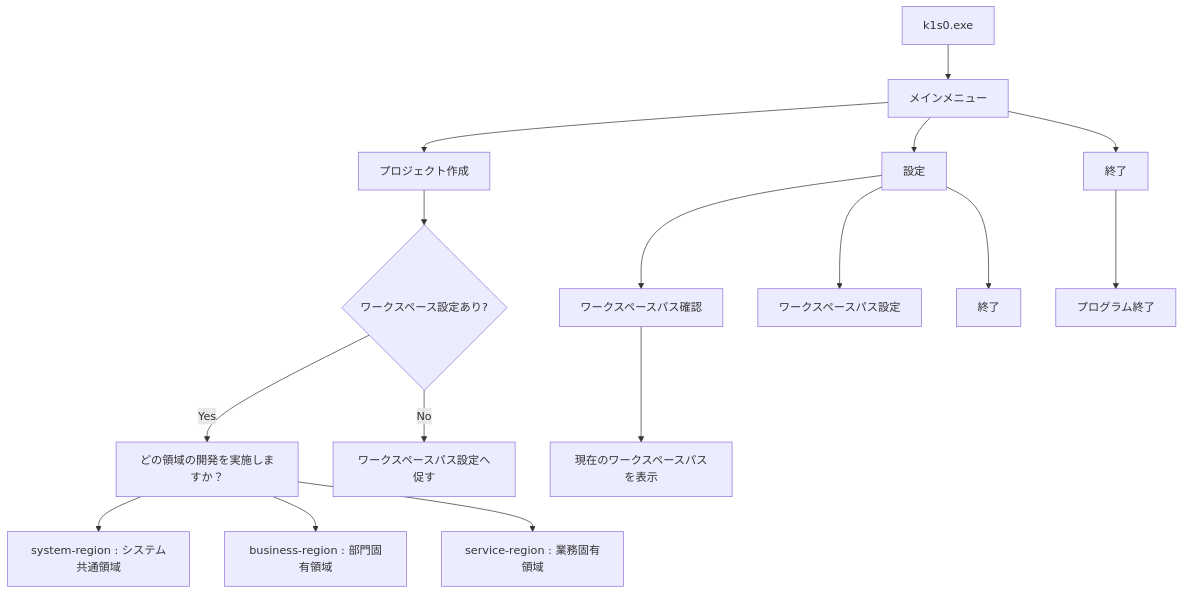
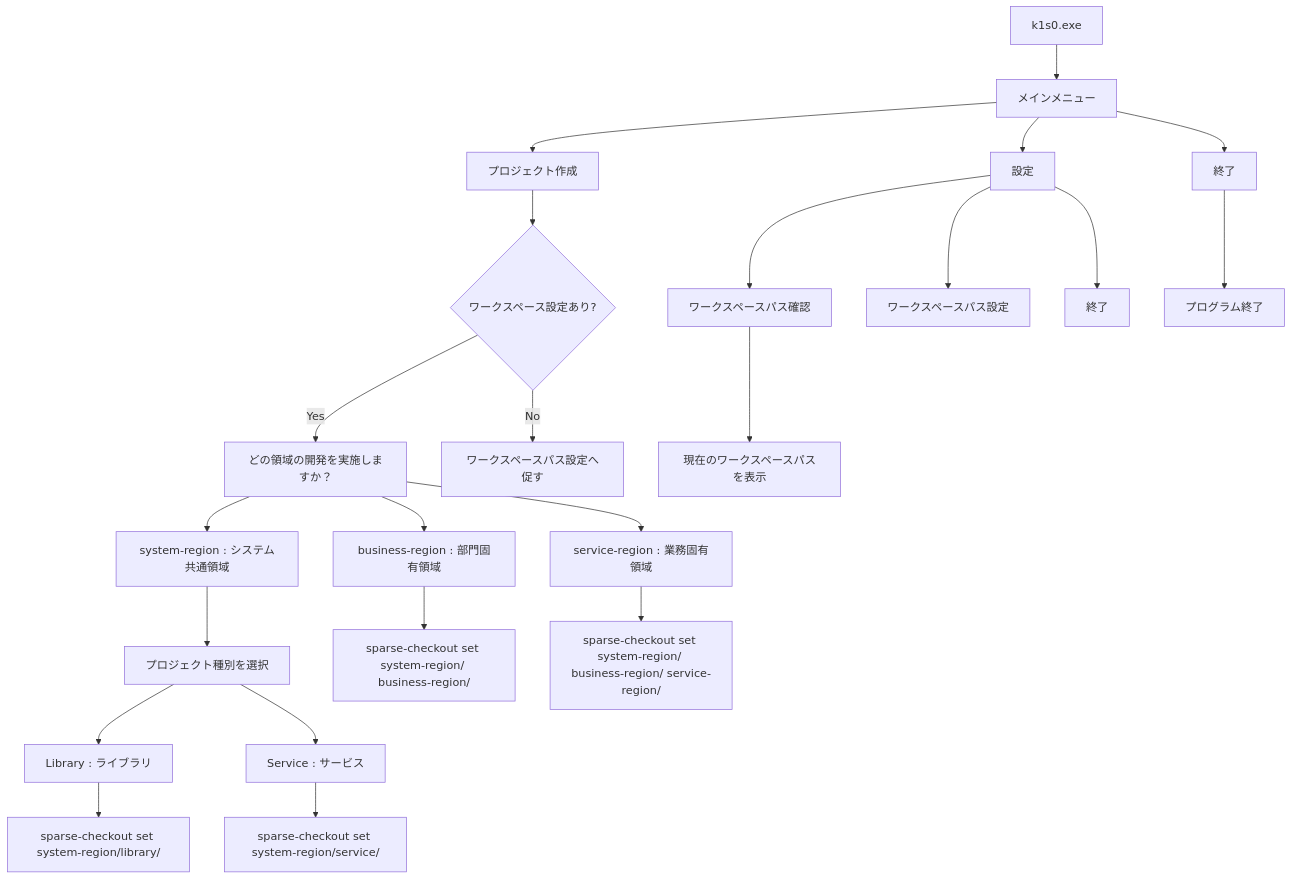
Before and after one commit to RyuheiKiso/k1s0: the diagram in docs/CLI設計書.md, drawn with Mermaid. The commit also changed other lines of this file and 9 other files, not shown here.

````diff
--- a/docs/CLI設計書.md
+++ b/docs/CLI設計書.md
@@ -13,23 +47,30 @@
 ```mermaid
 flowchart TD
     A["k1s0.exe"] --> B["メインメニュー"]
 
     B --> C["プロジェクト作成"]
     B --> D["設定"]
     B --> E["終了"]
 
     C --> F{"ワークスペース設定あり?"}
     F -->|Yes| G["どの領域の開発を実施しますか？"]
     G --> G1["system-region : システム共通領域"]
     G --> G2["business-region : 部門固有領域"]
     G --> G3["service-region : 業務固有領域"]
+    G1 --> PT["プロジェクト種別を選択"]
+    PT --> PT1["Library : ライブラリ"]
+    PT --> PT2["Service : サービス"]
+    PT1 --> SC1a["sparse-checkout set system-region/library/"]
+    PT2 --> SC1b["sparse-checkout set system-region/service/"]
+    G2 --> SC2["sparse-checkout set system-region/ business-region/"]
+    G3 --> SC3["sparse-checkout set system-region/ business-region/ service-region/"]
     F -->|No| H["ワークスペースパス設定へ促す"]
 
     D --> I["ワークスペースパス確認"]
     D --> L["ワークスペースパス設定"]
     D --> J["終了"]
 
     I --> I1["現在のワークスペースパスを表示"]
 
     E --> K["プログラム終了"]
 ```
````
